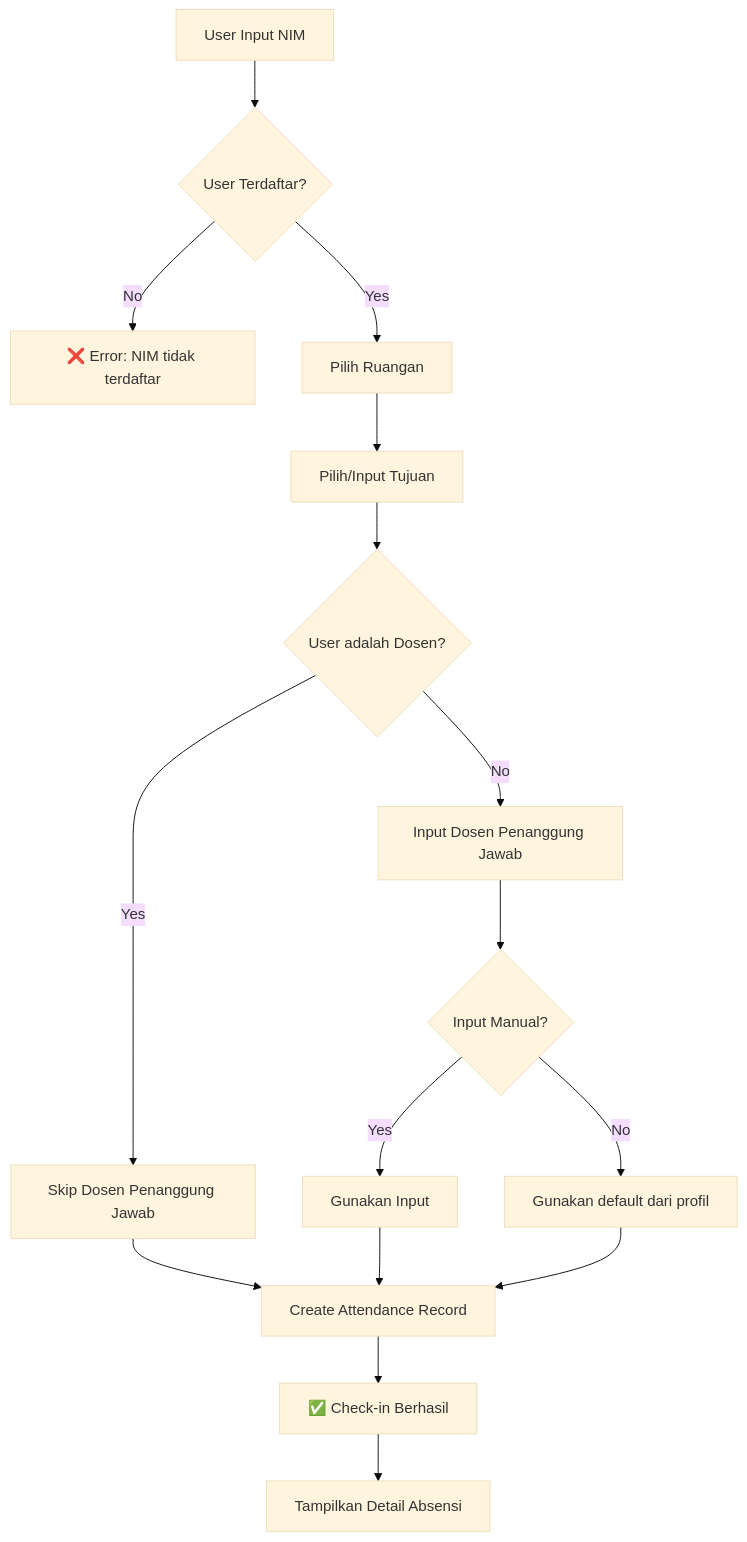
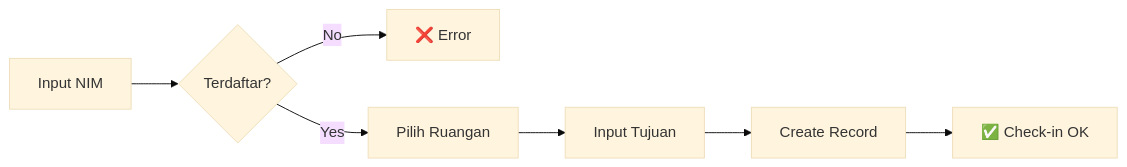
One commit to akhdanyafi/lab_uai_from_asyraf changed diagram 17 of 23 in docs/backend/BACKEND.md. Above: the diagram before and after it, drawn with Mermaid (base theme). The commit also changed other lines of this file, not shown here.

````diff
--- a/docs/backend/BACKEND.md
+++ b/docs/backend/BACKEND.md
@@ -377,18 +403,9 @@
 ```mermaid
-flowchart TD
-    A[User Input NIM] --> B{User Terdaftar?}
-    B -->|No| C[❌ Error: NIM tidak terdaftar]
+flowchart LR
+    A[Input NIM] --> B{Terdaftar?}
+    B -->|No| C[❌ Error]
     B -->|Yes| D[Pilih Ruangan]
-    D --> E[Pilih/Input Tujuan]
-    E --> F{User adalah Dosen?}
-    F -->|Yes| G[Skip Dosen Penanggung Jawab]
-    F -->|No| H[Input Dosen Penanggung Jawab]
-    H --> I{Input Manual?}
-    I -->|Yes| J[Gunakan Input]
-    I -->|No| K[Gunakan default dari profil]
-    G --> L[Create Attendance Record]
-    J --> L
-    K --> L
-    L --> M[✅ Check-in Berhasil]
-    M --> N[Tampilkan Detail Absensi]
+    D --> E[Input Tujuan]
+    E --> F[Create Record]
+    F --> G[✅ Check-in OK]
 ```
````
